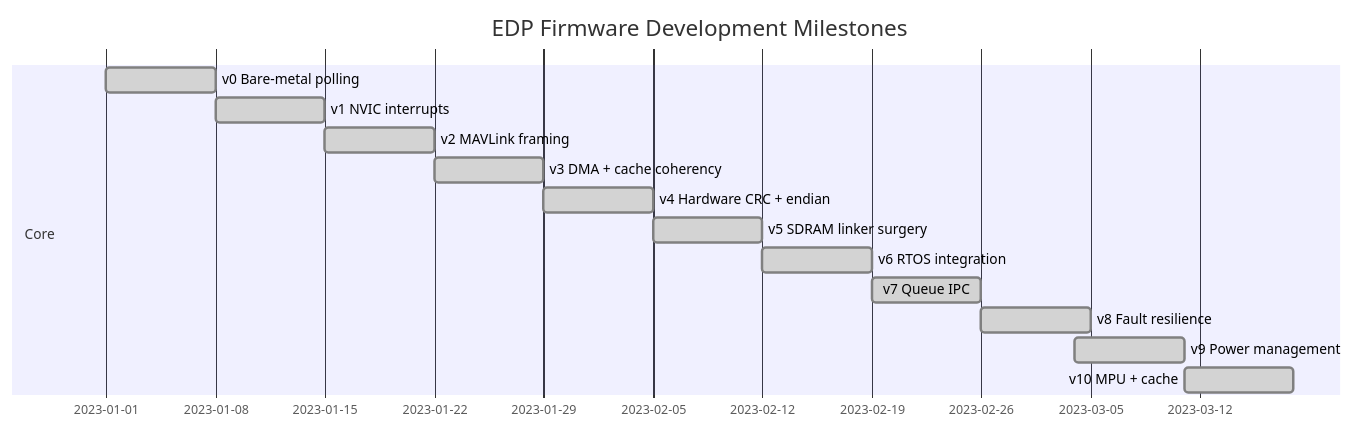
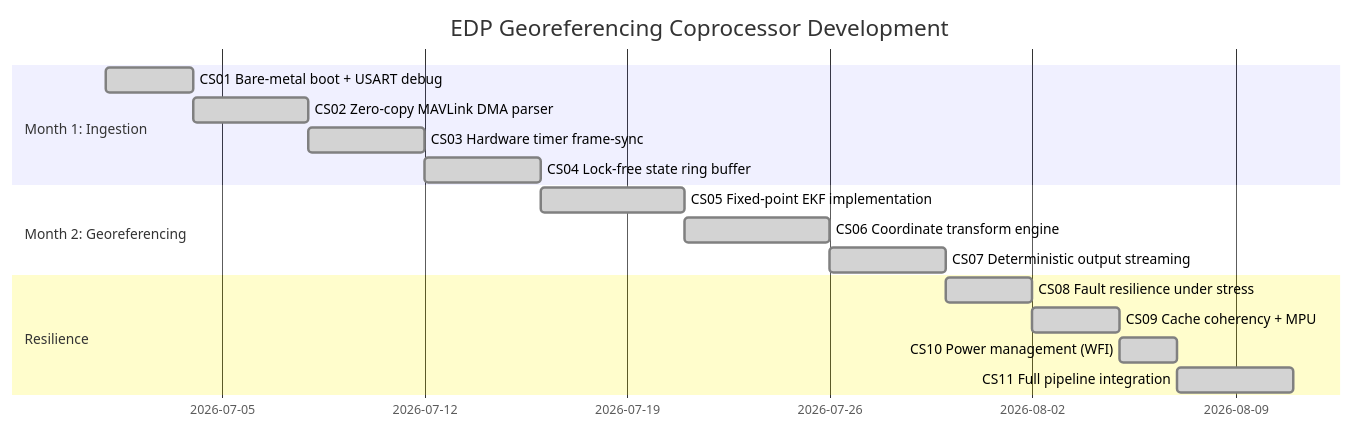
Before and after one commit to Ganeshkumara26/radar-inertial-georeferencer: the third of 3 diagrams in docs/architecture.md, drawn with Mermaid. The commit also changed other lines of this file and 215 other files, not shown here.

````diff
--- a/docs/architecture.md
+++ b/docs/architecture.md
@@ -55,17 +107,19 @@
 ```mermaid
 gantt
-    title EDP Firmware Development Milestones
+    title EDP Georeferencing Coprocessor Development
     dateFormat  YYYY-MM-DD
-    section Core
-    v0 Bare-metal polling      :done, m1, 2023-01-01, 7d
-    v1 NVIC interrupts         :done, m2, 2023-01-08, 7d
-    v2 MAVLink framing         :done, m3, 2023-01-15, 7d
-    v3 DMA + cache coherency   :done, m4, 2023-01-22, 7d
-    v4 Hardware CRC + endian   :done, m5, 2023-01-29, 7d
-    v5 SDRAM linker surgery    :done, m6, 2023-02-05, 7d
-    v6 RTOS integration        :done, m7, 2023-02-12, 7d
-    v7 Queue IPC               :done, m8, 2023-02-19, 7d
-    v8 Fault resilience        :done, m9, 2023-02-26, 7d
-    v9 Power management        :done, m10, 2023-03-04, 7d
-    v10 MPU + cache            :done, m11, 2023-03-11, 7d
+    section Month 1: Ingestion
+    CS01 Bare-metal boot + USART debug       :done, m1, 2026-07-01, 3d
+    CS02 Zero-copy MAVLink DMA parser        :done, m2, after m1, 4d
+    CS03 Hardware timer frame-sync           :done, m3, after m2, 4d
+    CS04 Lock-free state ring buffer         :done, m4, after m3, 4d
+    section Month 2: Georeferencing
+    CS05 Fixed-point EKF implementation      :done, m5, after m4, 5d
+    CS06 Coordinate transform engine         :done, m6, after m5, 5d
+    CS07 Deterministic output streaming      :done, m7, after m6, 4d
+    section Resilience
+    CS08 Fault resilience under stress       :done, m8, after m7, 3d
+    CS09 Cache coherency + MPU              :done, m9, after m8, 3d
+    CS10 Power management (WFI)              :done, m10, after m9, 2d
+    CS11 Full pipeline integration           :done, m11, after m10, 4d
 ```
````
